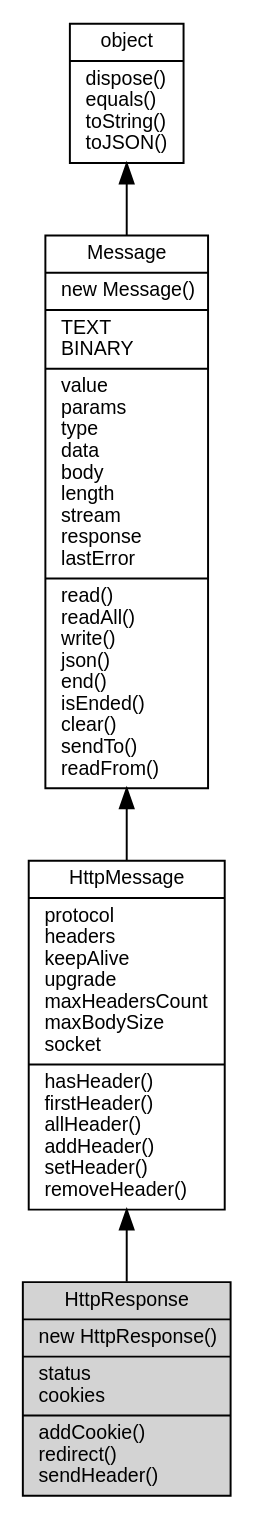
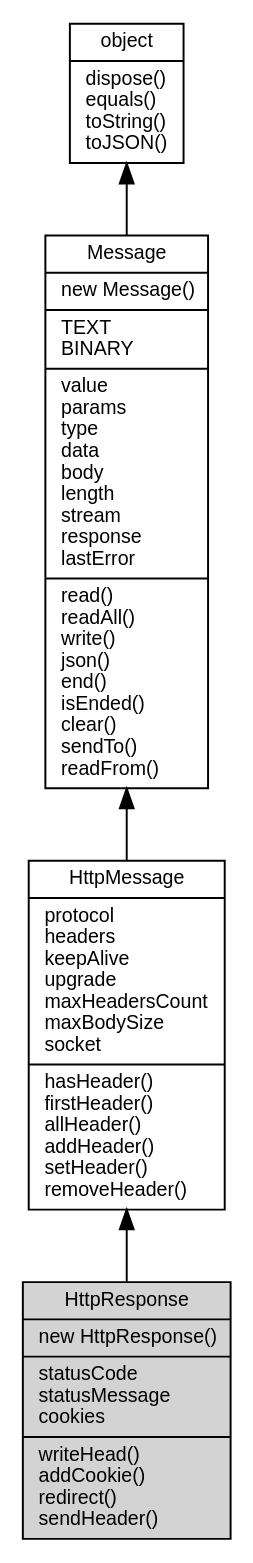
One commit to fibjs/fibjs.org changed the diagram in docs/manual/object/ifs/HttpResponse.md. Above: the diagram before and after it, drawn with Graphviz. The commit also changed other lines of this file and 29 other files, not shown here.

````diff
--- a/docs/manual/object/ifs/HttpResponse.md
+++ b/docs/manual/object/ifs/HttpResponse.md
@@ -5,14 +5,14 @@
 ```dot
 digraph {
     node [fontname="Helvetica,sans-Serif", fontsize=10, shape="record", style="filled", fillcolor="white"];
 
     object [tooltip="object", URL="object.md", label="{object|dispose()\lequals()\ltoString()\ltoJSON()\l}"];
     Message [tooltip="Message", URL="Message.md", label="{Message|new Message()\l|TEXT\lBINARY\l|value\lparams\ltype\ldata\lbody\llength\lstream\lresponse\llastError\l|read()\lreadAll()\lwrite()\ljson()\lend()\lisEnded()\lclear()\lsendTo()\lreadFrom()\l}"];
     HttpMessage [tooltip="HttpMessage", URL="HttpMessage.md", label="{HttpMessage|protocol\lheaders\lkeepAlive\lupgrade\lmaxHeadersCount\lmaxBodySize\lsocket\l|hasHeader()\lfirstHeader()\lallHeader()\laddHeader()\lsetHeader()\lremoveHeader()\l}"];
-    HttpResponse [tooltip="HttpResponse", fillcolor="lightgray", label="{HttpResponse|new HttpResponse()\l|status\lcookies\l|addCookie()\lredirect()\lsendHeader()\l}"];
+    HttpResponse [tooltip="HttpResponse", fillcolor="lightgray", label="{HttpResponse|new HttpResponse()\l|statusCode\lstatusMessage\lcookies\l|writeHead()\laddCookie()\lredirect()\lsendHeader()\l}"];
 
     object -> Message [dir=back];
     Message -> HttpMessage [dir=back];
     HttpMessage -> HttpResponse [dir=back];
 }
 ```
````
